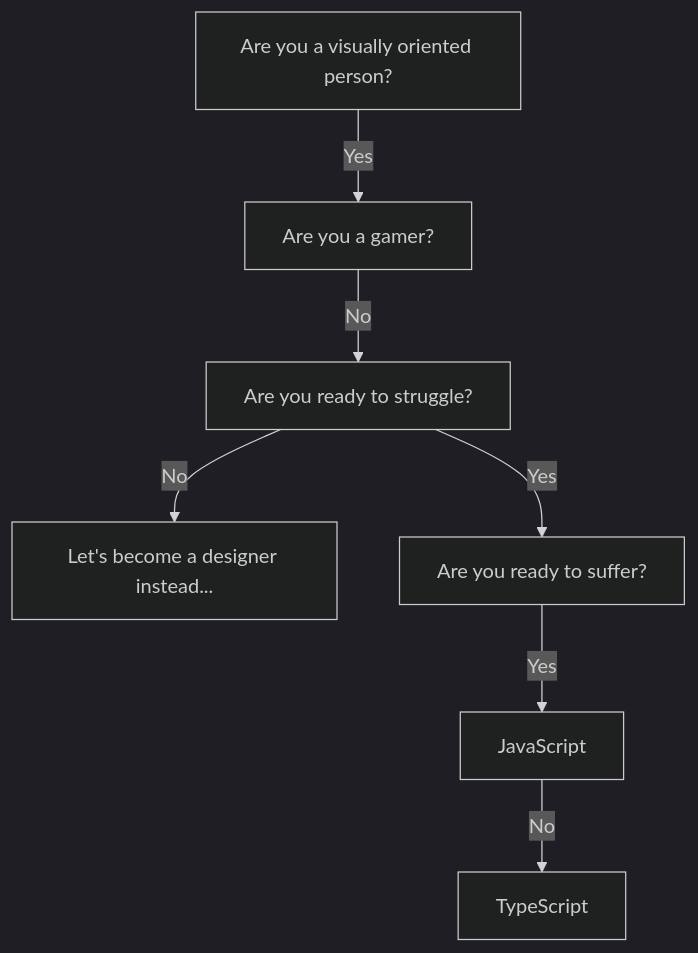
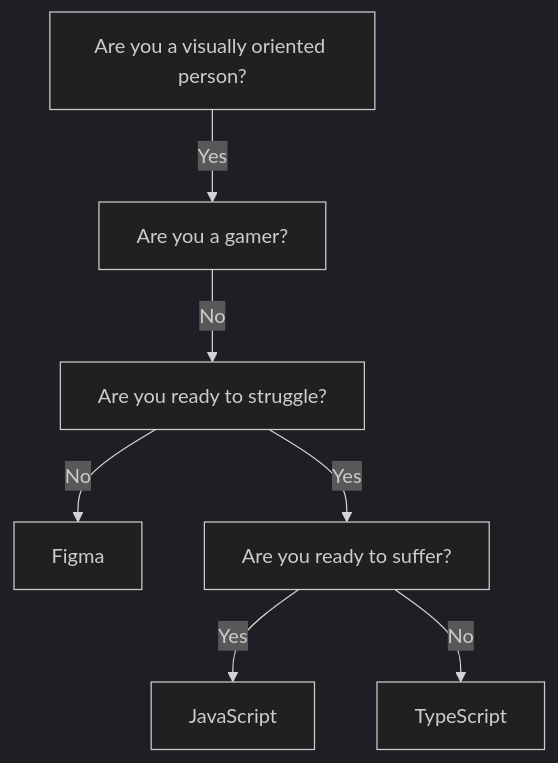
One commit to ykdojo/OpenStream changed the diagram in chart.md. Above: the diagram before and after it, drawn with Mermaid (dark theme).

````diff
--- a/chart.md
+++ b/chart.md
@@ -1,9 +1,9 @@
 ```mermaid
 graph TD;
-    A[Are you a visually oriented person?] --> |Yes| Gamer[Are you a gamer?]
-    Gamer --> |No| B[Are you ready to struggle?]
-    B --> |No| C[Let's become a designer instead...]
-    B --> |Yes| D[Are you ready to suffer?]
-    D --> |Yes| E[JavaScript]
-    E --> |No| F[TypeScript]
+    Start[Are you a visually oriented person?] --> |Yes| Gamer[Are you a gamer?]
+    Gamer --> |No| Non-gamer[Are you ready to struggle?]
+    Non-gamer --> |No| No-struggle[Figma]
+    Non-gamer --> |Yes| Struggle[Are you ready to suffer?]
+    Struggle --> |Yes| JS[JavaScript]
+    Struggle --> |No| TS[TypeScript]
 ```
````
